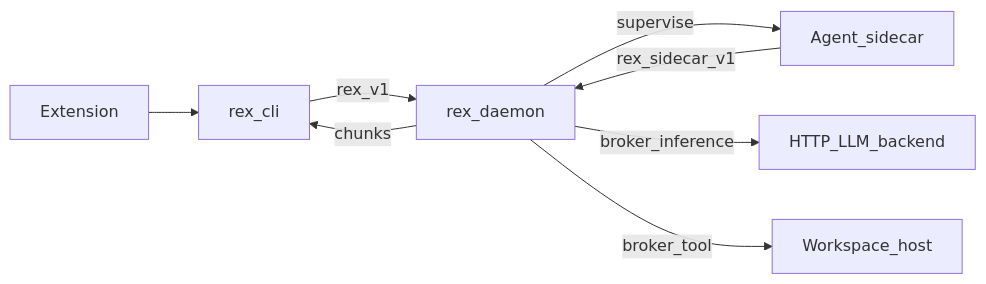
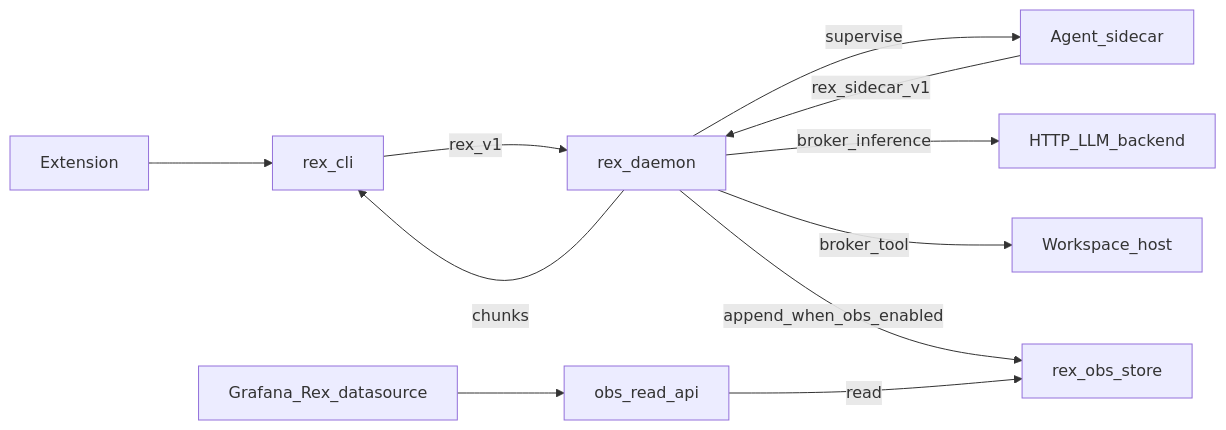
Before and after one commit to thsfranca/rex: the diagram in docs/MVP_SPEC.md, drawn with Mermaid. The commit also changed other lines of this file and 10 other files, not shown here.

First line of the commit message:
docs: expand v1.0 observability scope and reprioritize roadmaps (#280)

````diff
--- a/docs/MVP_SPEC.md
+++ b/docs/MVP_SPEC.md
@@ -29,16 +31,22 @@
 ```mermaid
 flowchart LR
   IDE[Extension]
   CLI[rex_cli]
   Daemon[rex_daemon]
   Sidecar[Agent_sidecar]
   LLM[HTTP_LLM_backend]
   Host[Workspace_host]
+  Store[rex_obs_store]
+  ReadApi[obs_read_api]
+  Grafana[Grafana_Rex_datasource]
   IDE --> CLI
   CLI -->|rex_v1| Daemon
   Daemon -->|supervise| Sidecar
   Sidecar -->|rex_sidecar_v1| Daemon
   Daemon -->|broker_inference| LLM
   Daemon -->|broker_tool| Host
   Daemon -->|chunks| CLI
+  Daemon -->|append_when_obs_enabled| Store
+  ReadApi -->|read| Store
+  Grafana --> ReadApi
 ```
````
